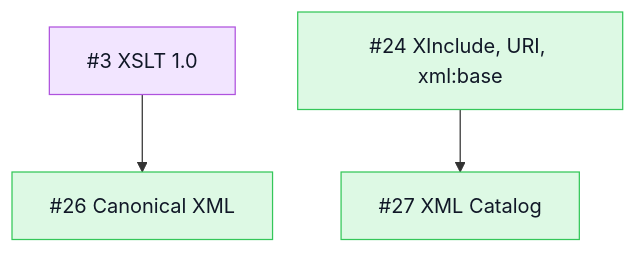
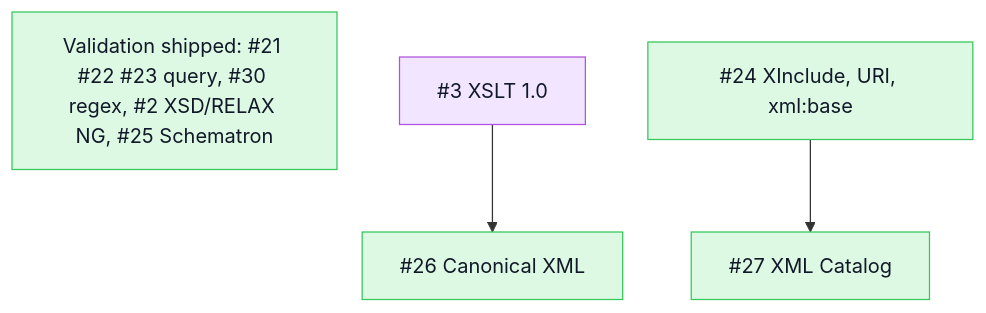
The third of 3 diagrams in README.md (mihaelamj/PureXML), drawn with Mermaid before and after one commit. The commit also changed other lines of this file and 2 other files, not shown here.

First line of the commit message:
test(schema): schema conformance fixtures, completing XSD and RELAX NG

````diff
--- a/README.md
+++ b/README.md
@@ -102,13 +86,14 @@
 ```mermaid
 flowchart TB
   classDef done fill:#ddf9e4,stroke:#34c759,color:#111827
   classDef review fill:#fff7d6,stroke:#ffcc00,color:#111827
   classDef epic fill:#f2e5ff,stroke:#af52de,color:#111827
   classDef todo fill:#f2f4f7,stroke:#8e8e93,color:#111827
+  Validation["Validation shipped: #21 #22 #23 query, #30 regex, #2 XSD/RELAX NG, #25 Schematron"]:::done
   Xslt["#3 XSLT 1.0"]:::epic
   XInclude["#24 XInclude, URI, xml:base"]:::done
   C14n["#26 Canonical XML"]:::done
   Catalog["#27 XML Catalog"]:::done
   Xslt --> C14n
   XInclude --> Catalog
 ```
````
